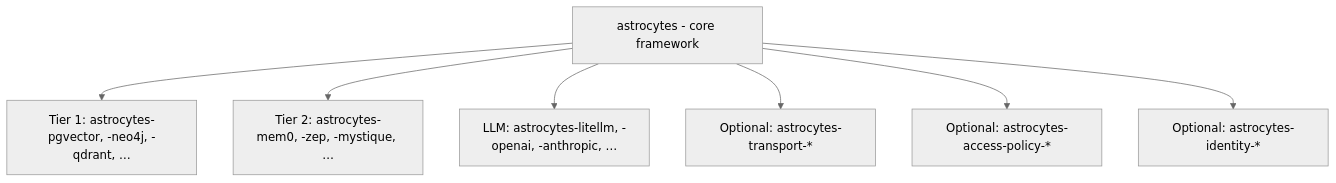
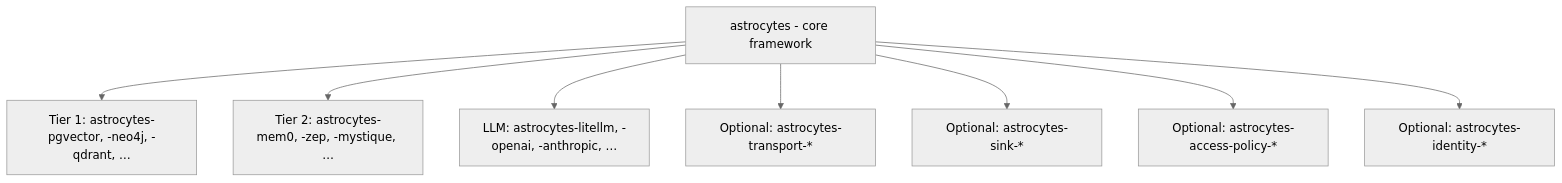
The diagram in docs/_plugins/ecosystem-and-packaging.md (AstrocyteAI/astrocyte), drawn with Mermaid (neutral theme) before and after one commit. The commit also changed other lines of this file and 25 other files, not shown here.

````diff
--- a/docs/_plugins/ecosystem-and-packaging.md
+++ b/docs/_plugins/ecosystem-and-packaging.md
@@ -37,16 +38,18 @@
 ```mermaid
 flowchart TB
   CORE["astrocytes - core framework"]
   T1["Tier 1: astrocytes-pgvector, -neo4j, -qdrant, …"]
   T2["Tier 2: astrocytes-mem0, -zep, -mystique, …"]
   LLM["LLM: astrocytes-litellm, -openai, -anthropic, …"]
   TR["Optional: astrocytes-transport-*"]
+  SK["Optional: astrocytes-sink-*"]
   AP["Optional: astrocytes-access-policy-*"]
   ID["Optional: astrocytes-identity-*"]
   CORE --> T1
   CORE --> T2
   CORE --> LLM
   CORE --> TR
+  CORE --> SK
   CORE --> AP
   CORE --> ID
 ```
````
